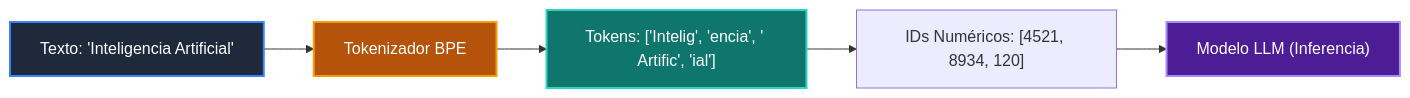
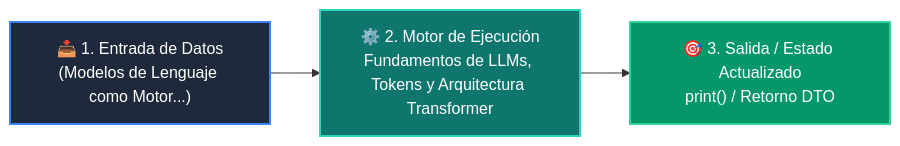
Before and after one commit to wisrovi/wisrovi-python: the diagram in 03-agentes-ia/clase-01-fundamentos-llm-tokenizacion/README.md, drawn with Mermaid. The commit also changed other lines of this file and 54 other files, not shown here.

Commit message:
refactor: clean repository root by moving maintenance scripts to scripts/ and restore rich high-contrast Mermaid diagrams for all classes and examples

````diff
--- a/03-agentes-ia/clase-01-fundamentos-llm-tokenizacion/README.md
+++ b/03-agentes-ia/clase-01-fundamentos-llm-tokenizacion/README.md
@@ -12,12 +12,9 @@
 ```mermaid
 flowchart LR
-    TXT["Texto: 'Inteligencia Artificial'"] --> BPE["Tokenizador BPE"]
-    BPE --> TOK["Tokens: ['Intelig', 'encia', ' Artific', 'ial']"]
-    TOK --> IDS["IDs Numéricos: [4521, 8934, 120]"]
-    IDS --> LLM["Modelo LLM (Inferencia)"]
+    A["📥 1. Entrada de Datos<br/>(Modelos de Lenguaje como Motor...)"] --> B["⚙️ 2. Motor de Ejecución<br/>Fundamentos de LLMs, Tokens y Arquitectura Transformer"]
+    B --> C["🎯 3. Salida / Estado Actualizado<br/>print() / Retorno DTO"]
 
-    style TXT fill:#1e293b,color:#fff,stroke:#3b82f6,stroke-width:2px
-    style BPE fill:#b45309,color:#fff,stroke:#f59e0b,stroke-width:2px
-    style TOK fill:#0f766e,color:#fff,stroke:#2dd4bf,stroke-width:2px
-    style LLM fill:#4c1d95,color:#fff,stroke:#a78bfa,stroke-width:2px
+    style A fill:#1e293b,color:#ffffff,stroke:#3b82f6,stroke-width:2px
+    style B fill:#0f766e,color:#ffffff,stroke:#2dd4bf,stroke-width:2px
+    style C fill:#059669,color:#ffffff,stroke:#34d399,stroke-width:2px
 ```
````
